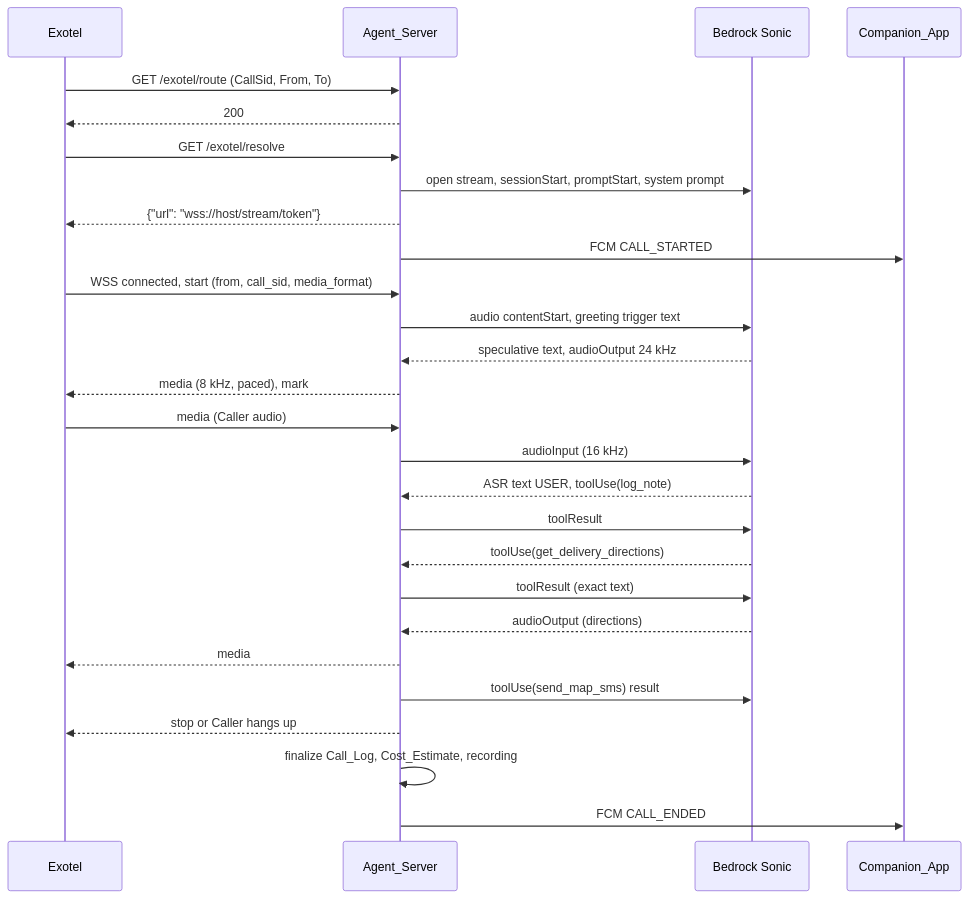
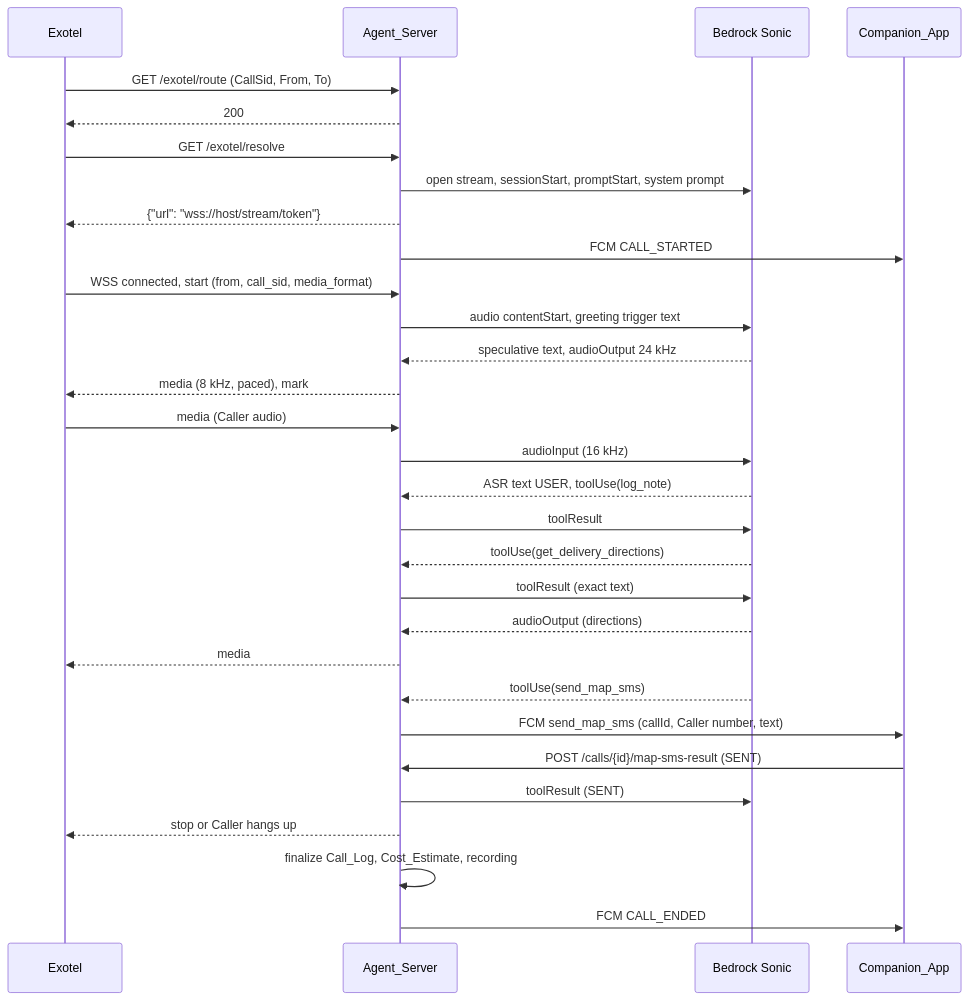
The third of 7 diagrams in .kiro/specs/cloud-call-agent/design.md (ankurldots/Call-Answer), drawn with Mermaid before and after one commit. The commit also changed other lines of this file and 2 other files, not shown here.

Commit message:
cloud-call-agent spec: SMS is sent from the user's device only; no server/Exotel SMS or DLT

````diff
--- a/.kiro/specs/cloud-call-agent/design.md
+++ b/.kiro/specs/cloud-call-agent/design.md
@@ -110,29 +109,32 @@
 ```mermaid
 sequenceDiagram
     participant X as Exotel
     participant S as Agent_Server
     participant B as Bedrock Sonic
     participant A as Companion_App
     X->>S: GET /exotel/route (CallSid, From, To)
     S-->>X: 200
     X->>S: GET /exotel/resolve
     S->>B: open stream, sessionStart, promptStart, system prompt
     S-->>X: {"url": "wss://host/stream/token"}
     S->>A: FCM CALL_STARTED
     X->>S: WSS connected, start (from, call_sid, media_format)
     S->>B: audio contentStart, greeting trigger text
     B-->>S: speculative text, audioOutput 24 kHz
     S-->>X: media (8 kHz, paced), mark
     X->>S: media (Caller audio)
     S->>B: audioInput (16 kHz)
     B-->>S: ASR text USER, toolUse(log_note)
     S->>B: toolResult
     B-->>S: toolUse(get_delivery_directions)
     S->>B: toolResult (exact text)
     B-->>S: audioOutput (directions)
     S-->>X: media
-    S->>B: toolUse(send_map_sms) result
+    B-->>S: toolUse(send_map_sms)
+    S->>A: FCM send_map_sms (callId, Caller number, text)
+    A->>S: POST /calls/{id}/map-sms-result (SENT)
+    S->>B: toolResult (SENT)
     S-->>X: stop or Caller hangs up
     S->>S: finalize Call_Log, Cost_Estimate, recording
     S->>A: FCM CALL_ENDED
 ```
````
